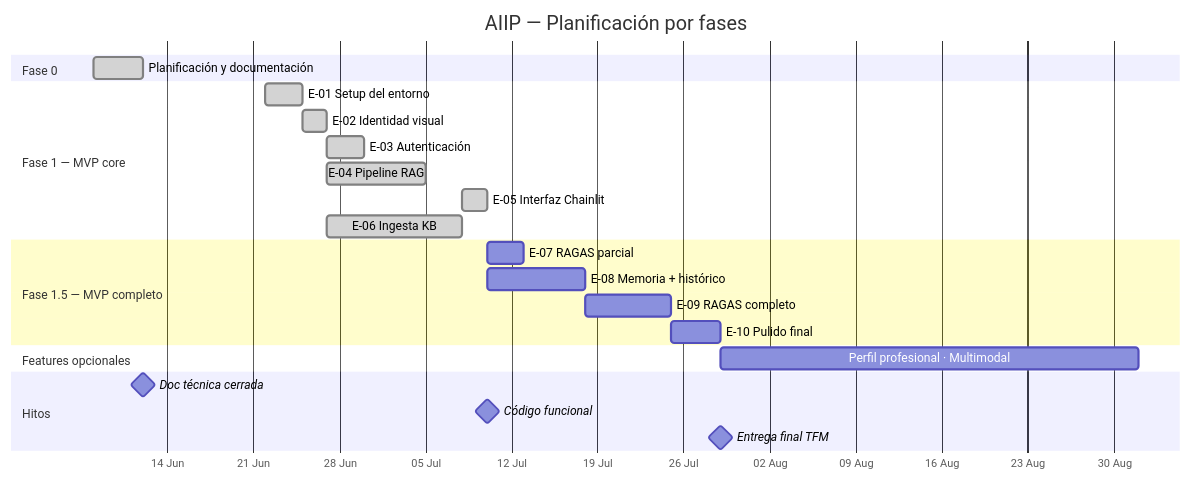
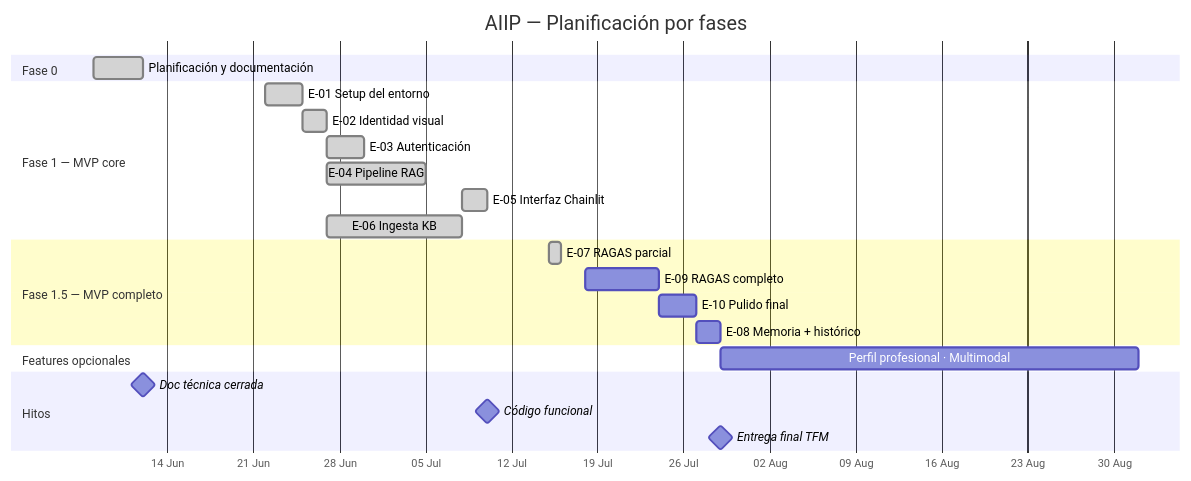
The diagram in README.md (mimpho/aiip), drawn with Mermaid before and after one commit. The commit also changed other lines of this file and 37 other files, not shown here.

````diff
--- a/README.md
+++ b/README.md
@@ -64,31 +64,31 @@
 ```mermaid
 gantt
     title AIIP — Planificación por fases
     dateFormat  YYYY-MM-DD
     axisFormat  %d %b
 
     section Fase 0
     Planificación y documentación     :done,    f0, 2026-06-08, 2026-06-12
 
     section Fase 1 — MVP core
     E-01 Setup del entorno            :done,    e01, 2026-06-22, 2026-06-25
     E-02 Identidad visual             :done,    e02, 2026-06-25, 2026-06-27
     E-03 Autenticación                :done,    e03, 2026-06-27, 2026-06-30
     E-04 Pipeline RAG                 :done,    e04, 2026-06-27, 2026-07-05
     E-05 Interfaz Chainlit            :done,    e05, 2026-07-08, 2026-07-10
     E-06 Ingesta KB                   :done,    e06, 2026-06-27, 2026-07-08
 
     section Fase 1.5 — MVP completo
-    E-07 RAGAS parcial                :         e07, 2026-07-10, 2026-07-13
-    E-08 Memoria + histórico          :         e08, 2026-07-10, 2026-07-18
-    E-09 RAGAS completo               :         e09, 2026-07-18, 2026-07-25
-    E-10 Pulido final                 :         e10, 2026-07-25, 2026-07-29
+    E-07 RAGAS parcial                :done,    e07, 2026-07-15, 2026-07-16
+    E-09 RAGAS completo                :         e09, 2026-07-18, 2026-07-24
+    E-10 Pulido final                 :         e10, 2026-07-24, 2026-07-27
+    E-08 Memoria + histórico          :         e08, 2026-07-27, 2026-07-29
 
     section Features opcionales
     Perfil profesional · Multimodal   :         fo, 2026-07-29, 2026-09-01
 
     section Hitos
     Doc técnica cerrada               :milestone, 2026-06-12, 0d
     Código funcional                  :milestone, 2026-07-10, 0d
     Entrega final TFM                 :milestone, 2026-07-29, 0d
 ```
````
